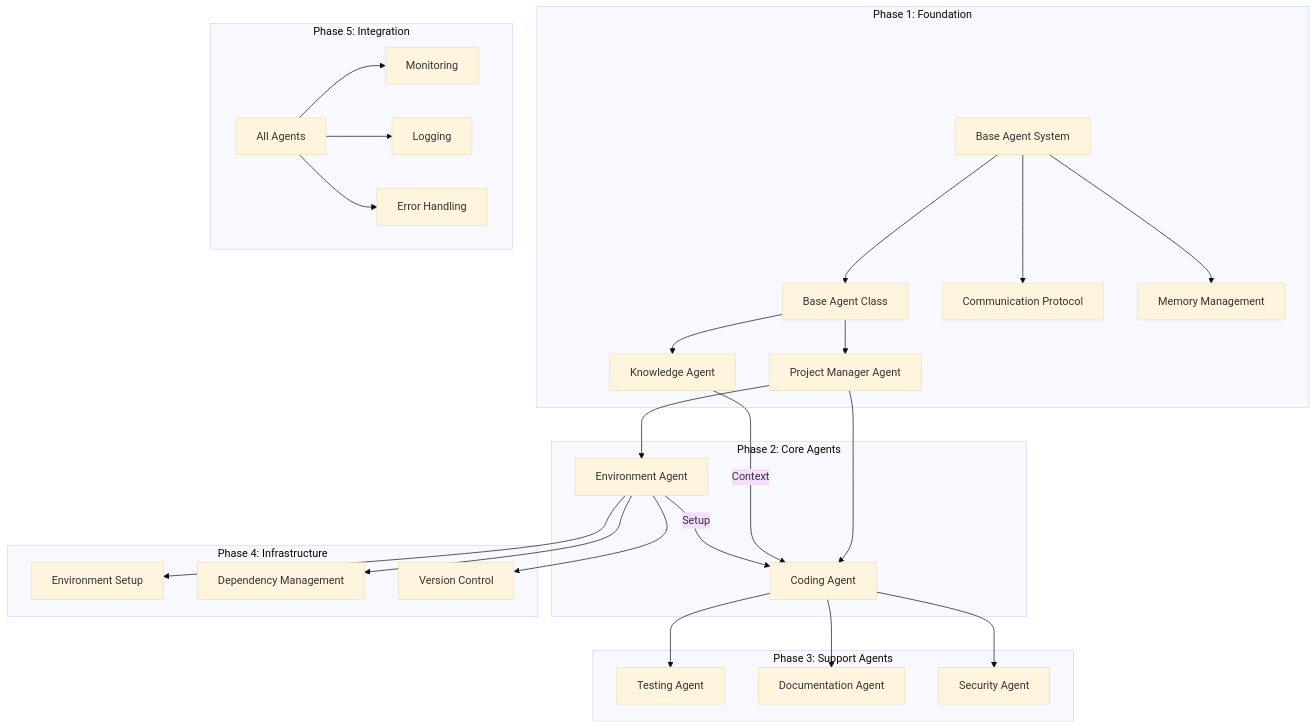
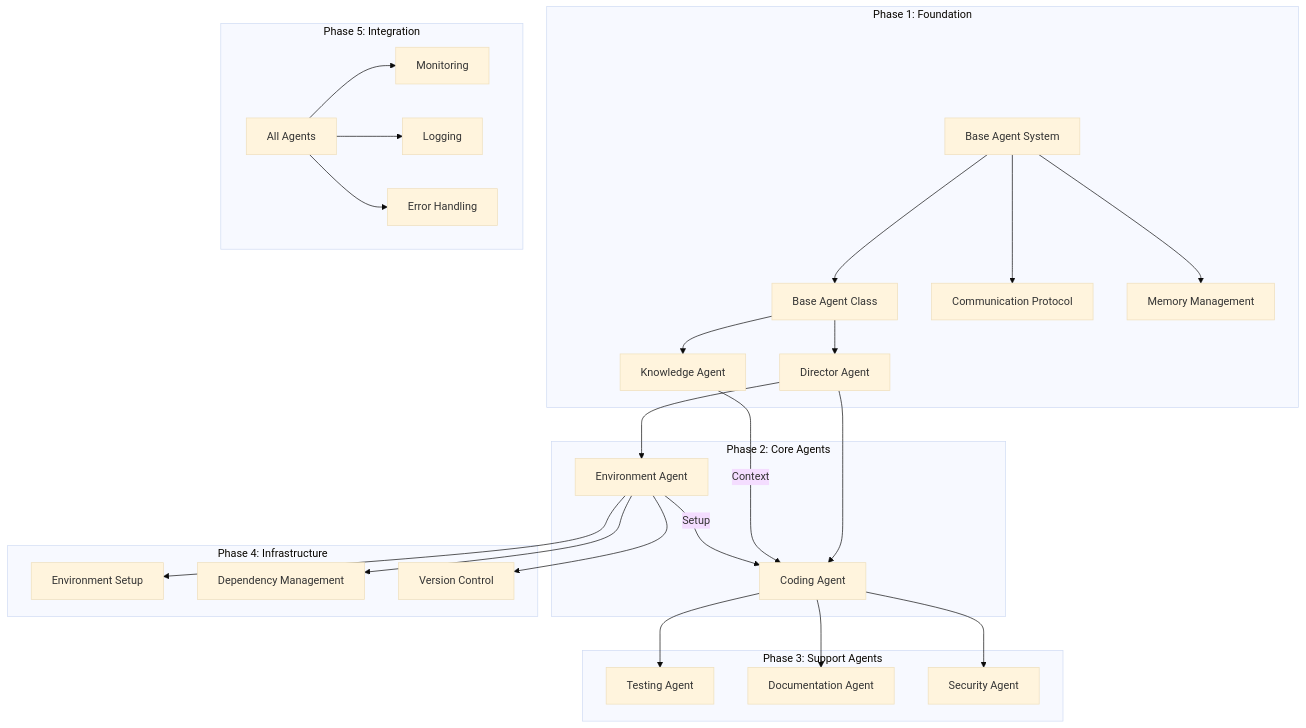
Before and after one commit to NooreldeanKoteb/DevelopmentAgents: the diagram in Project Design/2implementation-roadmap.mermaid, drawn with Mermaid (base theme). The commit also changed 49 other files, not shown here.

```diff
--- a/Project Design/2implementation-roadmap.mermaid
+++ b/Project Design/2implementation-roadmap.mermaid
@@ -1,33 +1,33 @@
 graph TB
     subgraph "Phase 1: Foundation"
         B[Base Agent System] --> BA[Base Agent Class]
         B --> C[Communication Protocol]
         B --> M[Memory Management]
-        BA --> PM[Project Manager Agent]
+        BA --> PM[Director Agent]
         BA --> KA[Knowledge Agent]
     end
     
     subgraph "Phase 2: Core Agents"
         PM --> CA[Coding Agent]
         PM --> EA[Environment Agent]
         KA --> |Context| CA
         EA --> |Setup| CA
     end
     
     subgraph "Phase 3: Support Agents"
         CA --> TA[Testing Agent]
         CA --> DA[Documentation Agent]
         CA --> SA[Security Agent]
     end
 
     subgraph "Phase 4: Infrastructure"
         EA --> ENV[Environment Setup]
         EA --> DEP[Dependency Management]
         EA --> VCS[Version Control]
     end
 
     subgraph "Phase 5: Integration"
         ALL[All Agents] --> MON[Monitoring]
         ALL --> LOG[Logging]
         ALL --> ERR[Error Handling]
     end
```
